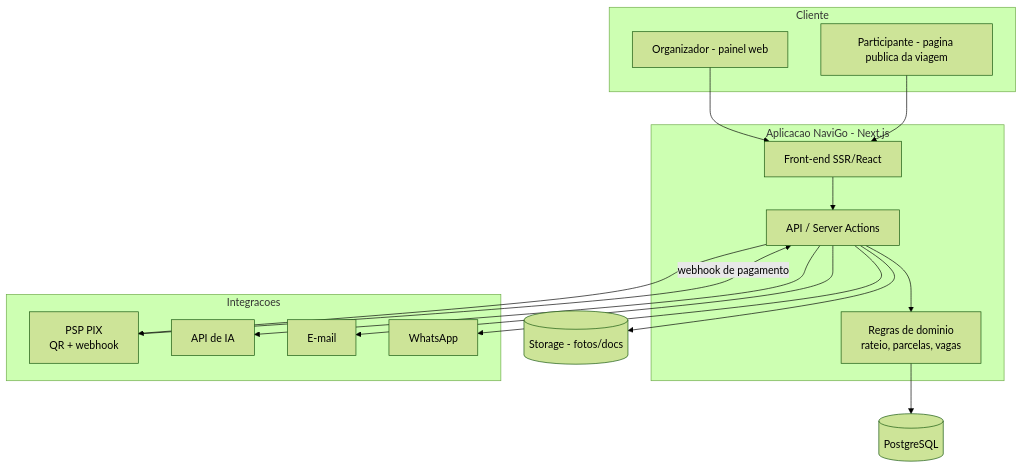
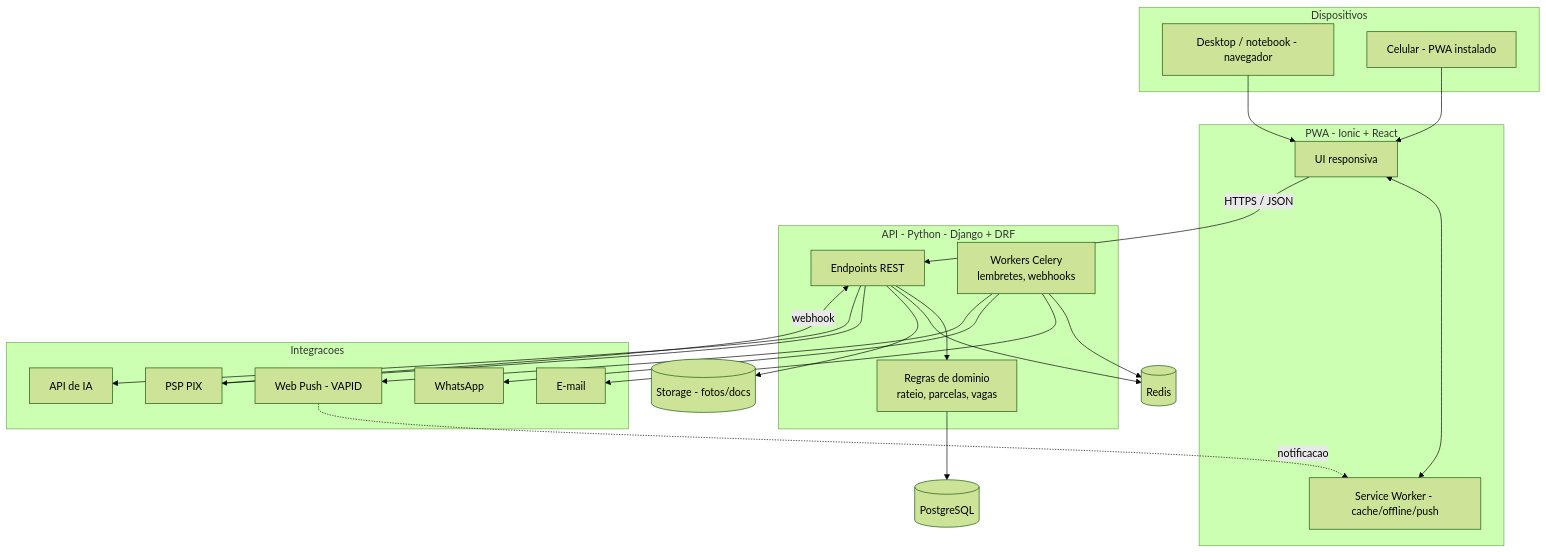
Before and after one commit to Thiagoolivs/NaviGo: the diagram in docs/ARQUITETURA.md, drawn with Mermaid (forest theme). The commit also changed other lines of this file and 6 other files, not shown here.

First line of the commit message:
docs: adotar arquitetura PWA (Ionic + React) + API Python (Django/DRF)

````diff
--- a/docs/ARQUITETURA.md
+++ b/docs/ARQUITETURA.md
@@ -44,35 +55,47 @@
 ```mermaid
 flowchart TD
-    subgraph Cliente
-        O[Organizador - painel web]
-        P[Participante - pagina publica da viagem]
+    subgraph Dispositivos
+        D[Desktop / notebook - navegador]
+        M[Celular - PWA instalado]
     end
 
-    subgraph NaviGo[Aplicacao NaviGo - Next.js]
-        UI[Front-end SSR/React]
-        API[API / Server Actions]
+    subgraph Frontend[PWA - Ionic + React]
+        UI[UI responsiva]
+        SW[Service Worker - cache/offline/push]
+    end
+
+    subgraph Backend[API - Python - Django + DRF]
+        API[Endpoints REST]
         DOM[Regras de dominio<br/>rateio, parcelas, vagas]
+        WK[Workers Celery<br/>lembretes, webhooks]
     end
 
     DB[(PostgreSQL)]
-    ST[(Storage - fotos/docs)]
+    RD[(Redis)]
+    STG[(Storage - fotos/docs)]
 
     subgraph Integracoes
-        PSP[PSP PIX<br/>QR + webhook]
+        PSP[PSP PIX]
         AI[API de IA]
         MAIL[E-mail]
         WA[WhatsApp]
+        PUSH[Web Push - VAPID]
     end
 
-    O --> UI
-    P --> UI
-    UI --> API
+    D --> UI
+    M --> UI
+    UI <--> SW
+    UI -->|HTTPS / JSON| API
     API --> DOM
     DOM --> DB
-    API --> ST
+    API --> RD
+    WK --> RD
+    API --> STG
     API --> PSP
     API --> AI
-    API --> MAIL
-    API --> WA
-    PSP -- webhook de pagamento --> API
+    WK --> MAIL
+    WK --> WA
+    WK --> PUSH
+    PSP -->|webhook| API
+    PUSH -.->|notificacao| SW
 ```
````
